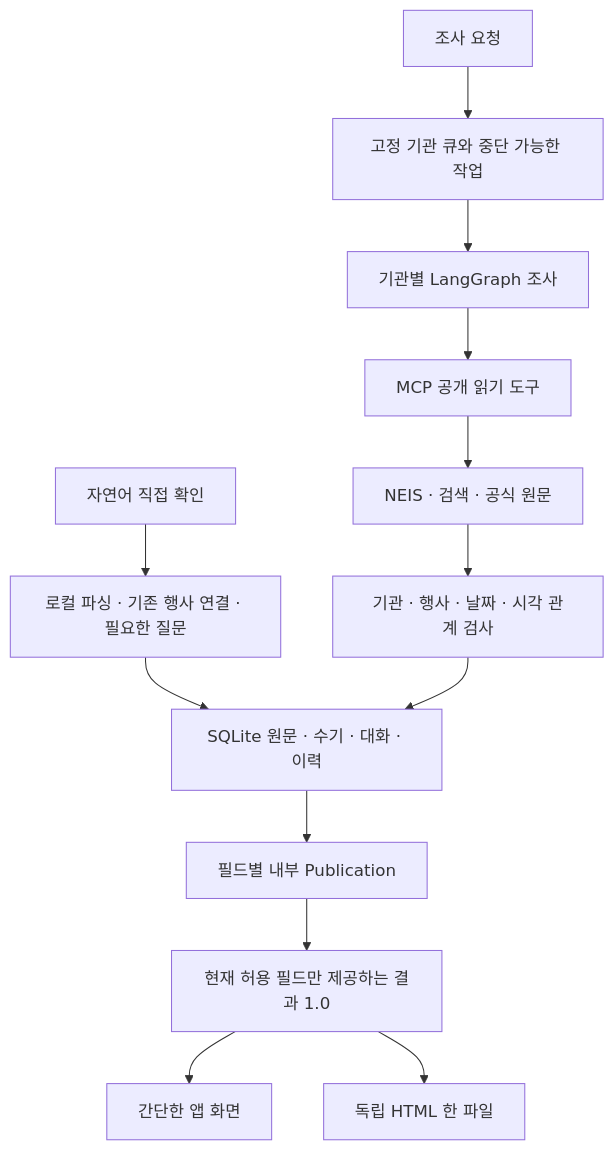
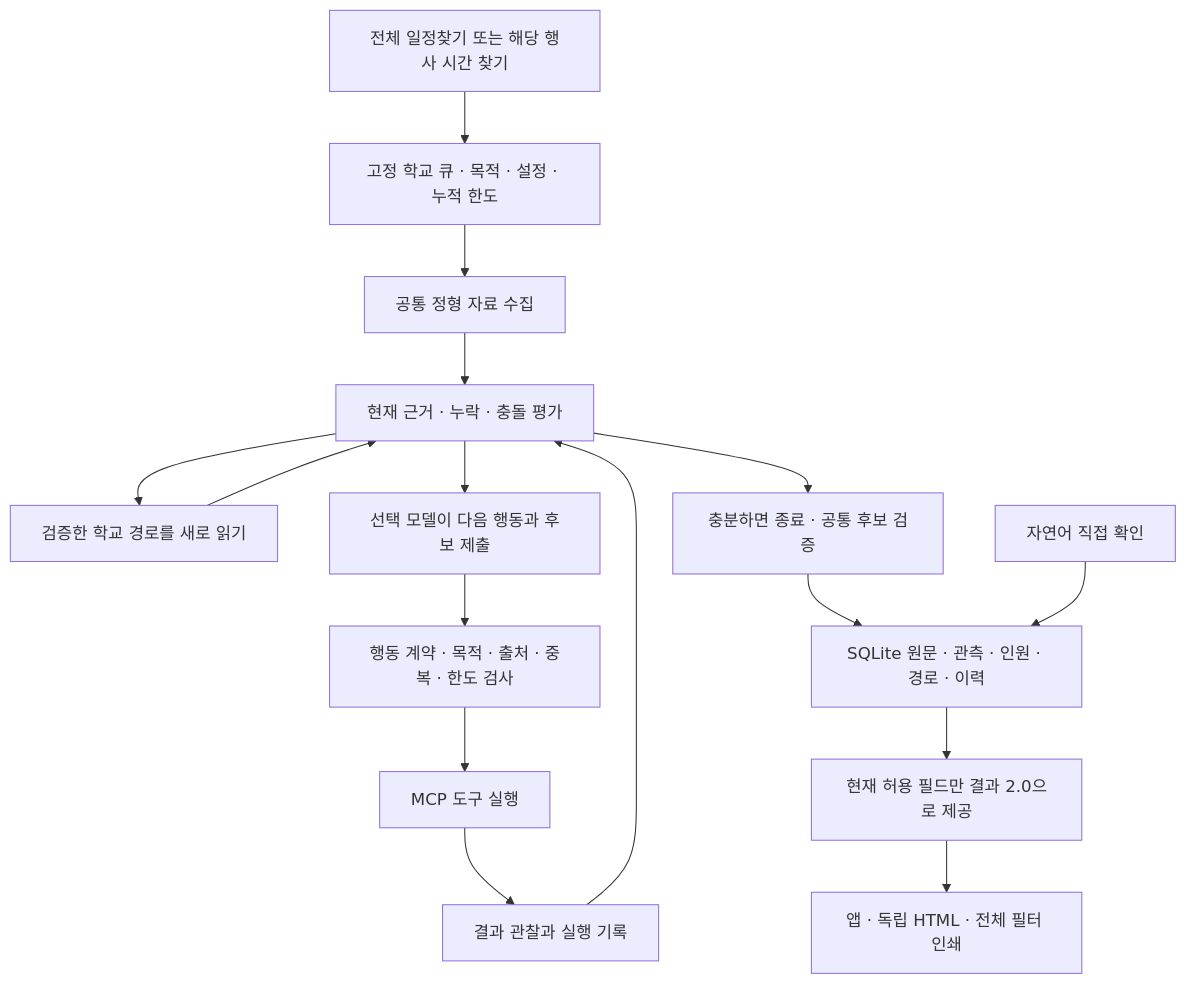
Before and after one commit to huizoo/gwangju-graduation-search-agent: the diagram in docs/ARCHITECTURE.md, drawn with Mermaid. The commit also changed other lines of this file and 19 other files, not shown here.

````diff
--- a/docs/ARCHITECTURE.md
+++ b/docs/ARCHITECTURE.md
@@ -7,15 +7,18 @@
 ```mermaid
 flowchart TD
-  U[조사 요청] --> J[고정 기관 큐와 중단 가능한 작업]
-  J --> G[기관별 LangGraph 조사]
-  G --> M[MCP 공개 읽기 도구]
-  M --> P[NEIS · 검색 · 공식 원문]
-  P --> V[기관 · 행사 · 날짜 · 시각 관계 검사]
-  N[자연어 직접 확인] --> C[로컬 파싱 · 기존 행사 연결 · 필요한 질문]
-  C --> S[SQLite 원문 · 수기 · 대화 · 이력]
-  V --> S
-  S --> A[필드별 내부 Publication]
-  A --> R[현재 허용 필드만 제공하는 결과 1.0]
-  R --> UI[간단한 앱 화면]
-  R --> H[독립 HTML 한 파일]
+  U[전체 일정찾기 또는 해당 행사 시간 찾기] --> J[고정 학교 큐 · 목적 · 설정 · 누적 한도]
+  J --> S[공통 정형 자료 수집]
+  S --> E[현재 근거 · 누락 · 충돌 평가]
+  E --> R[검증한 학교 경로를 새로 읽기]
+  R --> E
+  E --> A[선택 모델이 다음 행동과 후보 제출]
+  A --> C[행동 계약 · 목적 · 출처 · 중복 · 한도 검사]
+  C --> T[MCP 도구 실행]
+  T --> O[결과 관찰과 실행 기록]
+  O --> E
+  E --> V[충분하면 종료 · 공통 후보 검증]
+  V --> D[SQLite 원문 · 관측 · 인원 · 경로 · 이력]
+  N[자연어 직접 확인] --> D
+  D --> P[현재 허용 필드만 결과 2.0으로 제공]
+  P --> UI[앱 · 독립 HTML · 전체 필터 인쇄]
 ```
````
